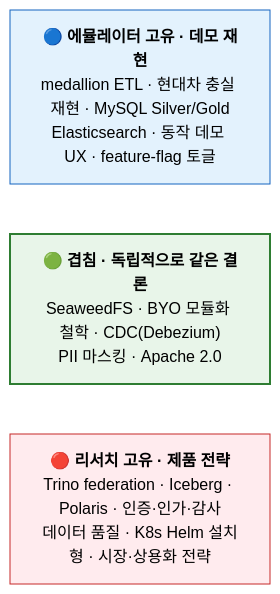
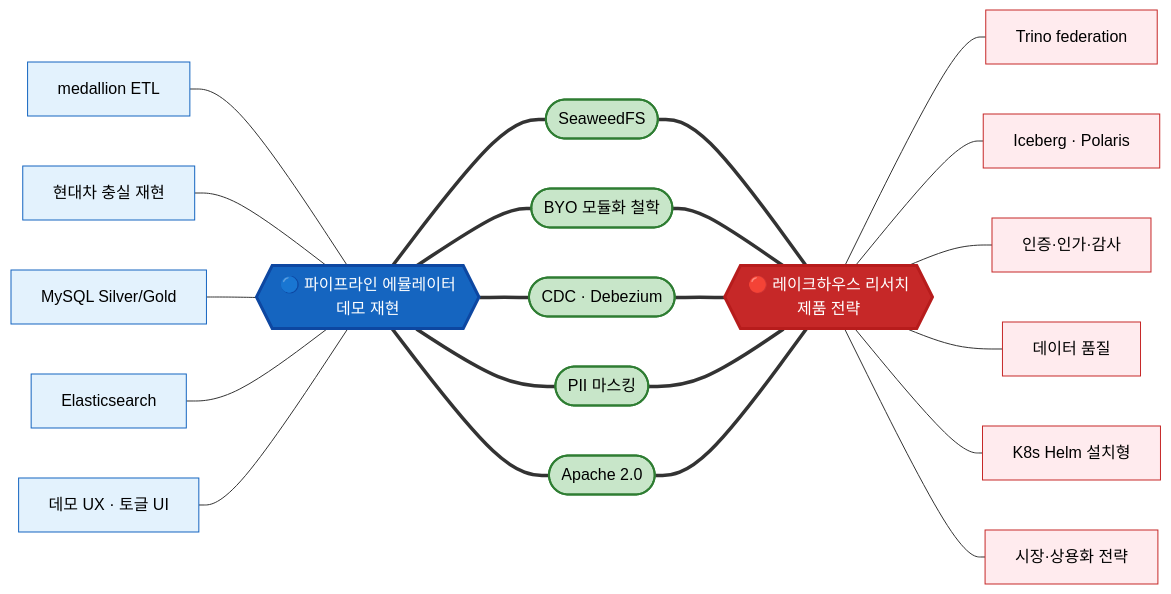
Before and after one commit to mzd-nrkim/pipeline-emulator: the third of 4 diagrams in docs/pipeline-emulator-vs-lakehouse-research.md, drawn with Mermaid. The commit also changed other lines of this file, not shown here.

Commit message:
docs(pipeline-emulator-vs-lakehouse-research): enhance flowchart layout to better illustrate the relationships and unique features of the pipeline emulator and lakehouse research, improving clarity and visual representation.

````diff
--- a/docs/pipeline-emulator-vs-lakehouse-research.md
+++ b/docs/pipeline-emulator-vs-lakehouse-research.md
@@ -164,13 +164,49 @@
 ```mermaid
-flowchart TB
-    EMU["🔵 <b>에뮬레이터 고유 · 데모 재현</b><br/>medallion ETL · 현대차 충실 재현 · MySQL Silver/Gold<br/>Elasticsearch · 동작 데모 UX · feature-flag 토글"]
-    SH["🟢 <b>겹침 · 독립적으로 같은 결론</b><br/>SeaweedFS · BYO 모듈화 철학 · CDC(Debezium)<br/>PII 마스킹 · Apache 2.0"]
-    RES["🔴 <b>리서치 고유 · 제품 전략</b><br/>Trino federation · Iceberg · Polaris · 인증·인가·감사<br/>데이터 품질 · K8s Helm 설치형 · 시장·상용화 전략"]
-    EMU ~~~ SH ~~~ RES
+flowchart LR
+    E1["medallion ETL"]:::emu
+    E2["현대차 충실 재현"]:::emu
+    E3["MySQL Silver/Gold"]:::emu
+    E4["Elasticsearch"]:::emu
+    E5["데모 UX · 토글 UI"]:::emu
+
+    EMU{{"🔵 파이프라인 에뮬레이터<br/>데모 재현"}}:::hubE
+    RES{{"🔴 레이크하우스 리서치<br/>제품 전략"}}:::hubR
+
+    S1(["SeaweedFS"]):::shared
+    S2(["BYO 모듈화 철학"]):::shared
+    S3(["CDC · Debezium"]):::shared
+    S4(["PII 마스킹"]):::shared
+    S5(["Apache 2.0"]):::shared
+
+    R1["Trino federation"]:::res
+    R2["Iceberg · Polaris"]:::res
+    R3["인증·인가·감사"]:::res
+    R4["데이터 품질"]:::res
+    R5["K8s Helm 설치형"]:::res
+    R6["시장·상용화 전략"]:::res
+
+    E1 --- EMU
+    E2 --- EMU
+    E3 --- EMU
+    E4 --- EMU
+    E5 --- EMU
+
+    EMU === S1 === RES
+    EMU === S2 === RES
+    EMU === S3 === RES
+    EMU === S4 === RES
+    EMU === S5 === RES
+
+    RES --- R1
+    RES --- R2
+    RES --- R3
+    RES --- R4
+    RES --- R5
+    RES --- R6
+
+    classDef hubE fill:#1565c0,color:#fff,stroke:#0d47a1,stroke-width:3px
+    classDef hubR fill:#c62828,color:#fff,stroke:#b71c1c,stroke-width:3px
     classDef emu fill:#e3f2fd,stroke:#1565c0,color:#000
-    classDef sh fill:#e8f5e9,stroke:#2e7d32,color:#000,stroke-width:2px
+    classDef shared fill:#c8e6c9,stroke:#2e7d32,color:#000,stroke-width:2px
     classDef res fill:#ffebee,stroke:#c62828,color:#000
-    class EMU emu
-    class SH sh
-    class RES res
 ```
````
